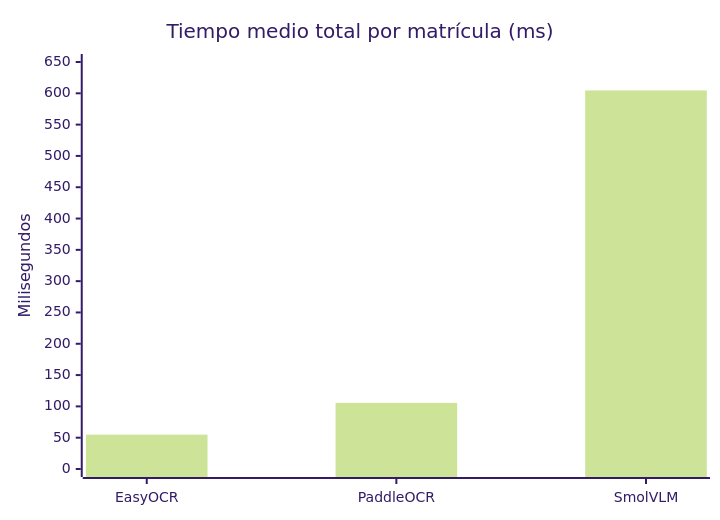
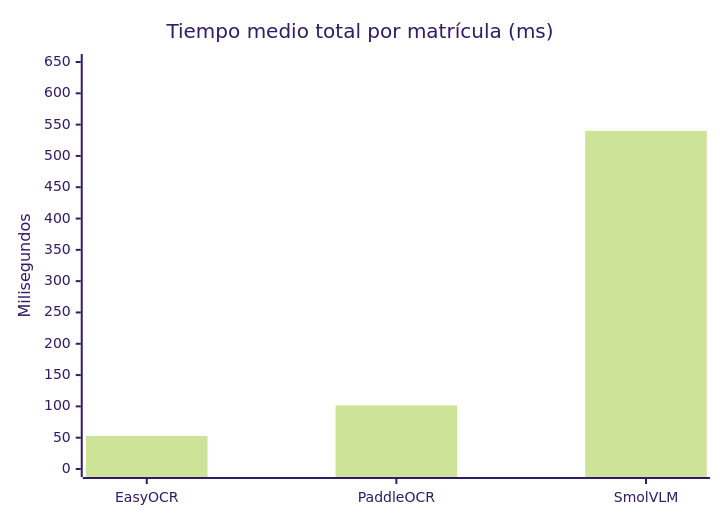
Before and after one commit to SkinnyDevi/computer-vision: the fourth of 4 diagrams in P4/P4b/README.md, drawn with Mermaid (forest theme). The commit also changed other lines of this file and 2 other files, not shown here.

````diff
--- a/P4/P4b/README.md
+++ b/P4/P4b/README.md
@@ -131,7 +140,7 @@
 ```mermaid
 xychart-beta
     title "Tiempo medio total por matrícula (ms)"
     x-axis ["EasyOCR", "PaddleOCR", "SmolVLM"]
     y-axis "Milisegundos" 0 --> 650
-    bar [54.92, 105.58, 604.58]
+    bar [52.86, 101.61, 540.01]
 ```
````
